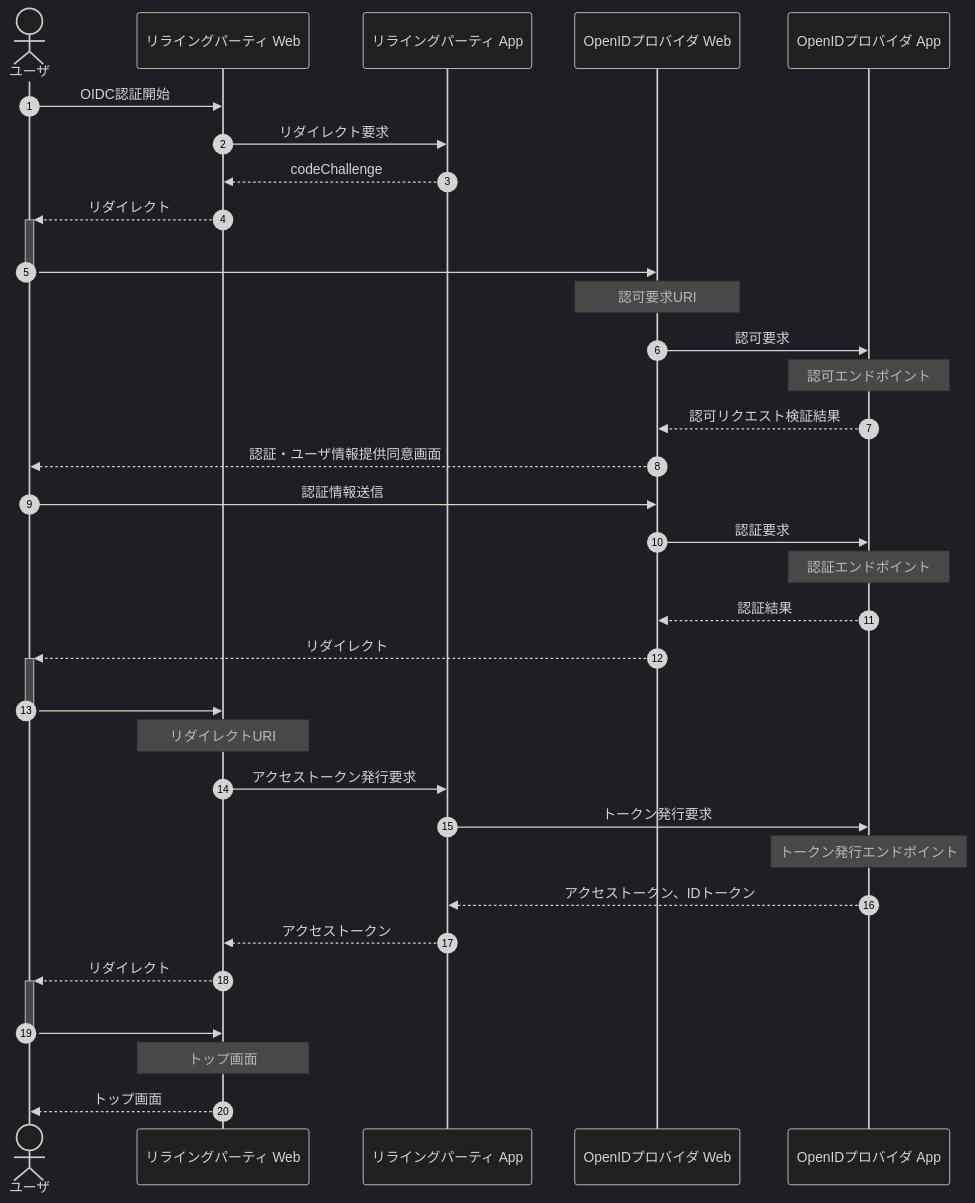
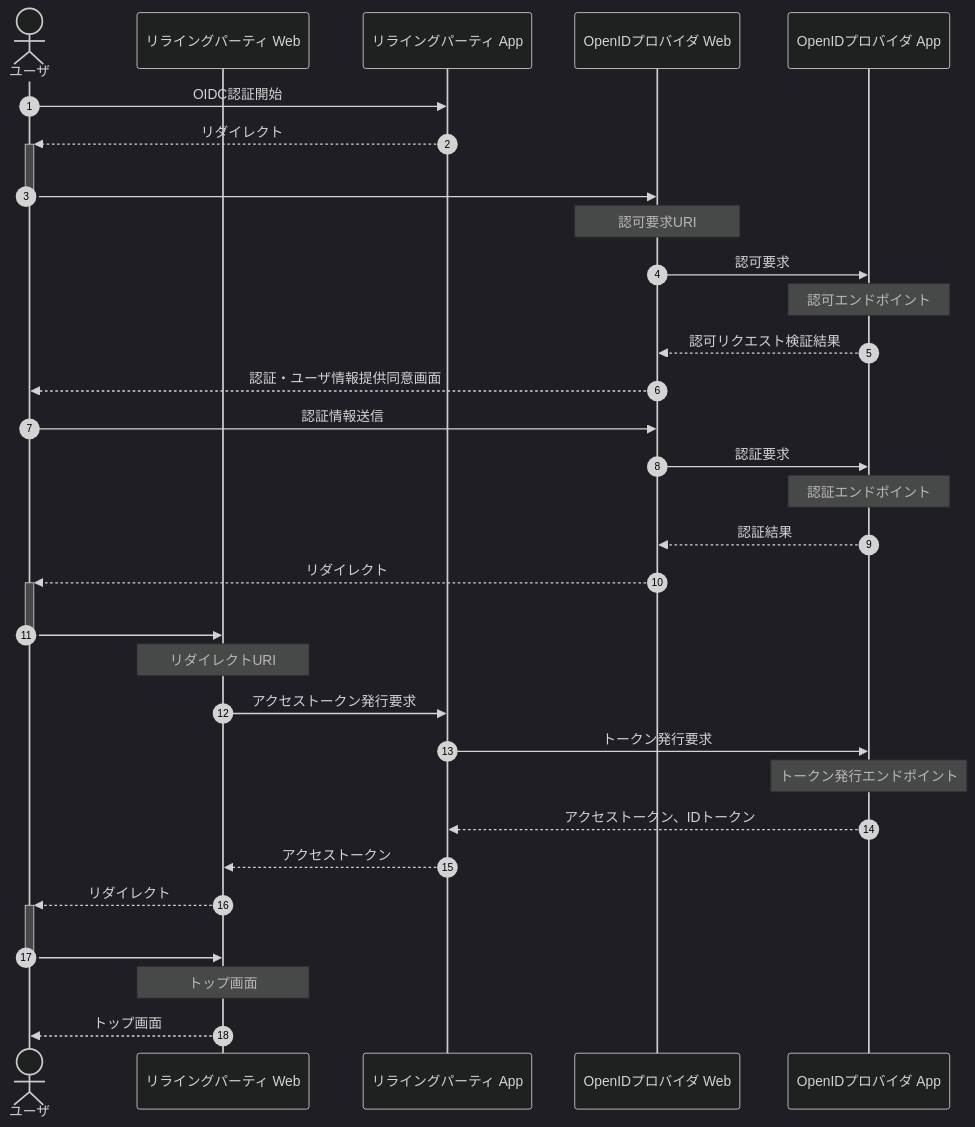
Before and after one commit to nob-islan/nob-openid-connect: the diagram in docs/business-sequence/README.md, drawn with Mermaid. The commit also changed 1 other file, not shown here.

Commit message:
設計書修正

````diff
--- a/docs/business-sequence/README.md
+++ b/docs/business-sequence/README.md
@@ -3,37 +3,35 @@
 ```mermaid
 %%{init:{'theme':'dark'}}%%
 sequenceDiagram
 autonumber
     actor user as ユーザ
     participant rp_web as リライングパーティ Web
     participant rp_app as リライングパーティ App
     participant op_web as OpenIDプロバイダ Web
     participant op_app as OpenIDプロバイダ App
 
-    user->>rp_web: OIDC認証開始
-    rp_web->>rp_app: リダイレクト要求
-    rp_app-->>rp_web: codeChallenge
-    rp_web-->>+user: リダイレクト
+    user->>rp_app: OIDC認証開始
+    rp_app-->>+user: リダイレクト
     user->>-op_web: <br>
     Note over op_web: 認可要求URI
     op_web->>op_app: 認可要求
     Note over op_app: 認可エンドポイント
     op_app-->>op_web: 認可リクエスト検証結果
     op_web-->>user: 認証・ユーザ情報提供同意画面
     user->>op_web: 認証情報送信
     op_web->>op_app: 認証要求
     Note over op_app: 認証エンドポイント
     op_app-->>op_web: 認証結果
     op_web-->>+user: リダイレクト
     user->>-rp_web: <br>
     Note over rp_web: リダイレクトURI
     rp_web->>rp_app: アクセストークン発行要求
     rp_app->>op_app: トークン発行要求
     Note over op_app: トークン発行エンドポイント
     op_app-->>rp_app: アクセストークン、IDトークン
     rp_app-->>rp_web: アクセストークン
     rp_web-->>+user: リダイレクト
     user->>-rp_web: <br>
     Note over rp_web: トップ画面
     rp_web-->>user: トップ画面
 ```
````
